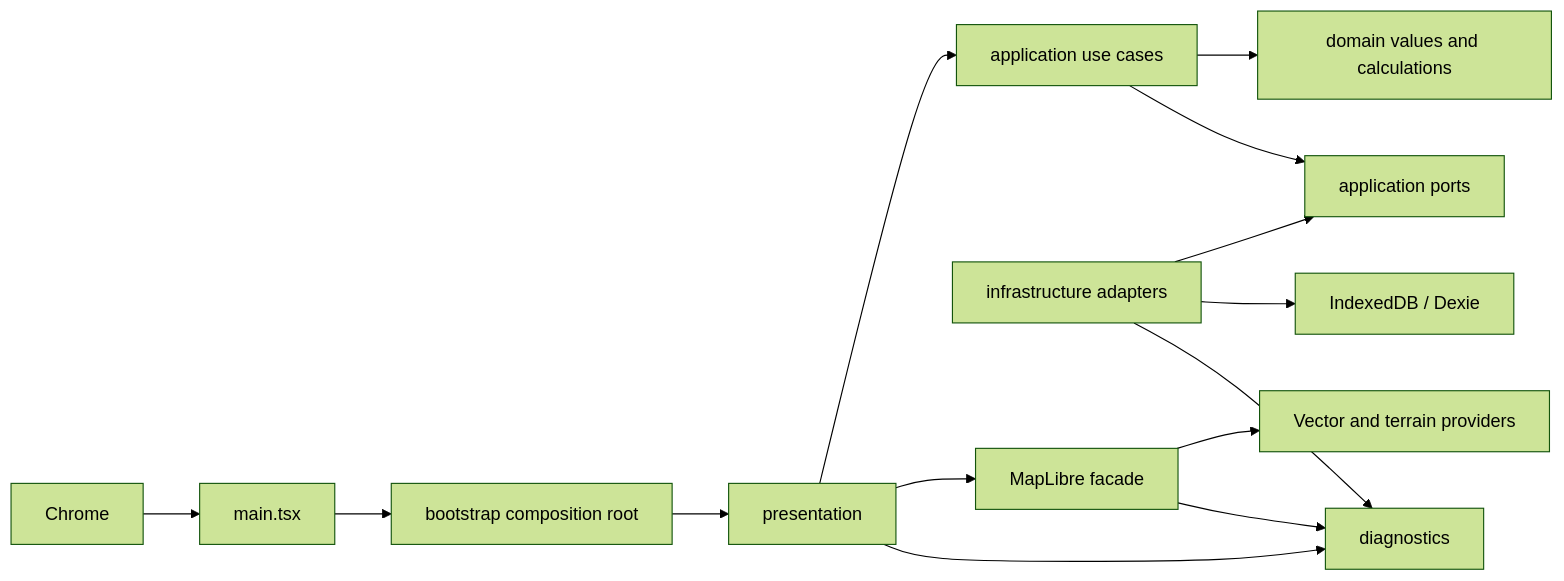
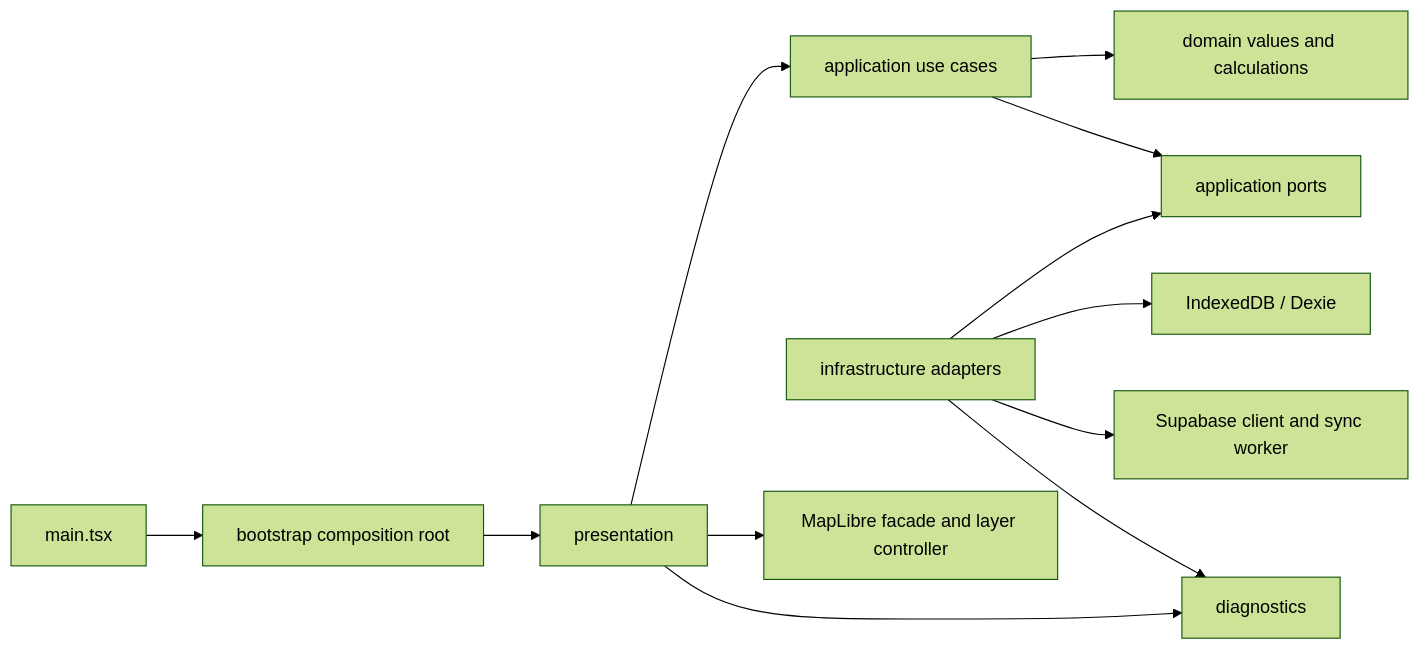
The diagram in docs/project-structure.md (bogdandm/georgia-routing-planner), drawn with Mermaid (forest theme) before and after one commit. The commit also changed other lines of this file and 7 other files, not shown here.

````diff
--- a/docs/project-structure.md
+++ b/docs/project-structure.md
@@ -13,16 +16,14 @@
 ```mermaid
 flowchart LR
-  Browser["Chrome"] --> Main["main.tsx"]
-  Main --> Bootstrap["bootstrap composition root"]
+  Main["main.tsx"] --> Bootstrap["bootstrap composition root"]
   Bootstrap --> UI["presentation"]
   UI --> UseCases["application use cases"]
   UseCases --> Domain["domain values and calculations"]
   UseCases --> Ports["application ports"]
   Infra["infrastructure adapters"] --> Ports
-  UI --> MapLibre["MapLibre facade"]
+  UI --> MapLibre["MapLibre facade and layer controller"]
   Infra --> IndexedDB["IndexedDB / Dexie"]
-  MapLibre --> Providers["Vector and terrain providers"]
+  Infra --> Supabase["Supabase client and sync worker"]
   UI --> Diagnostics["diagnostics"]
   Infra --> Diagnostics
-  MapLibre --> Diagnostics
 ```
````
